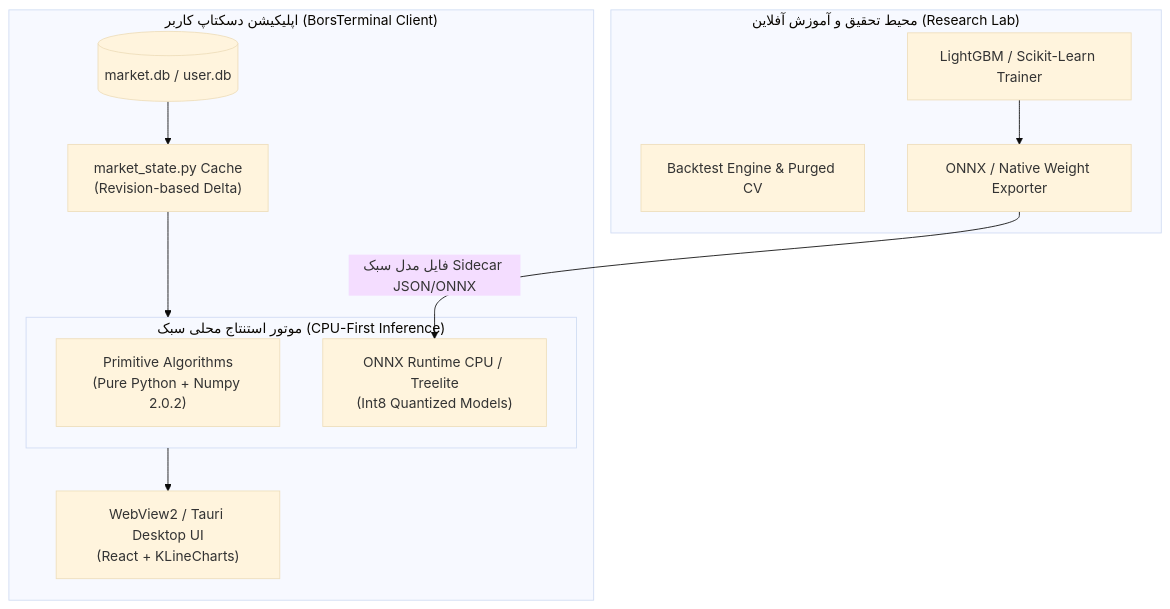
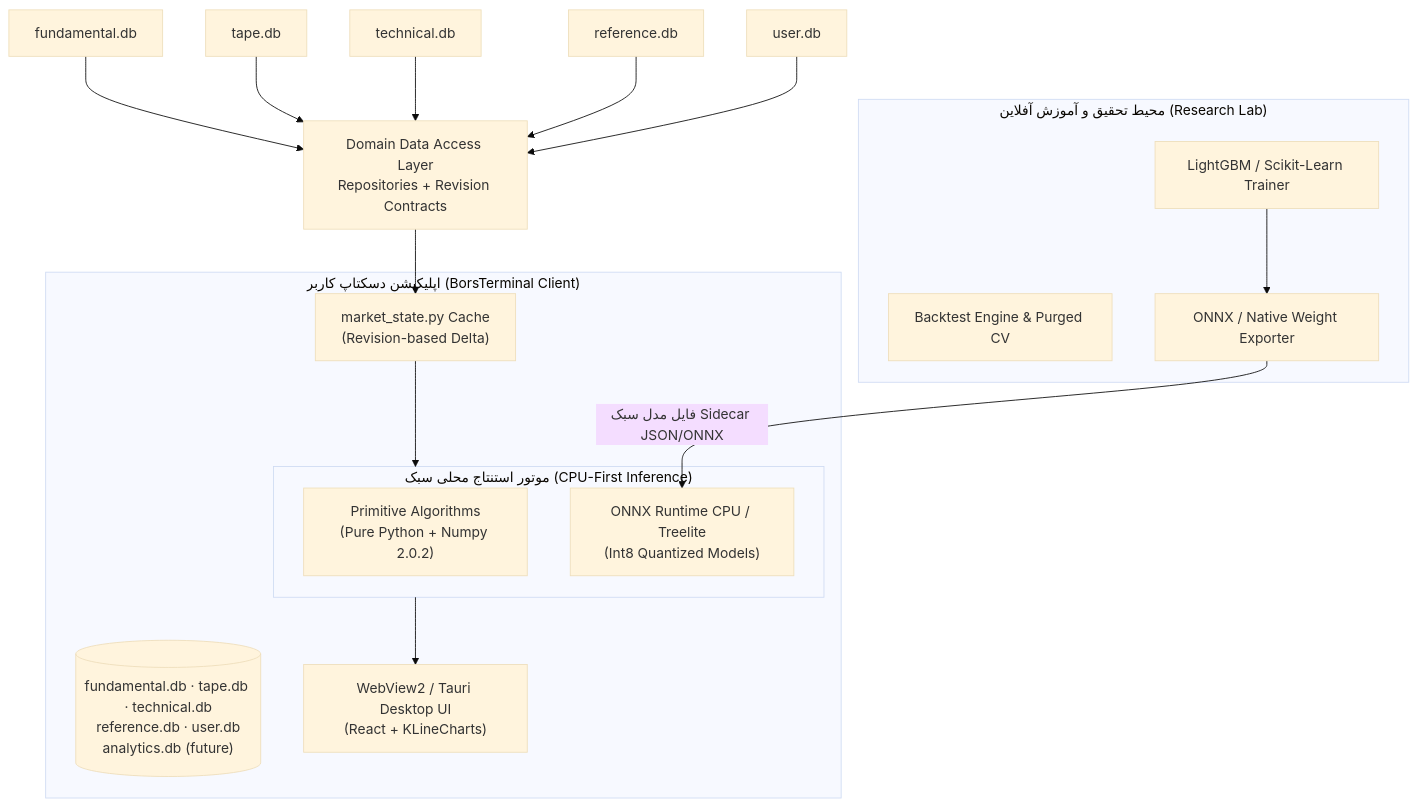
Before and after one commit to johnwarchief/BorsTerminal-src: the third of 4 diagrams in docs/research/MULTI-ALGORITHM-PLATFORM-ARCHITECTURE.md, drawn with Mermaid (base theme). The commit also changed other lines of this file, not shown here.

Commit message:
docs(architecture): add domain-separated database topology

````diff
--- a/docs/research/MULTI-ALGORITHM-PLATFORM-ARCHITECTURE.md
+++ b/docs/research/MULTI-ALGORITHM-PLATFORM-ARCHITECTURE.md
@@ -410,26 +429,31 @@
 ```mermaid
 flowchart TD
     subgraph Offline_Lab ["محیط تحقیق و آموزش آفلاین (Research Lab)"]
         BacktestHarness["Backtest Engine & Purged CV"]
         Trainer["LightGBM / Scikit-Learn Trainer"]
         ONNXExport["ONNX / Native Weight Exporter"]
     end
 
     subgraph Desktop_Client ["اپلیکیشن دسکتاپ کاربر (BorsTerminal Client)"]
-        LocalSQLite[("market.db / user.db")]
+        LocalSQLite[("fundamental.db · tape.db · technical.db<br/>reference.db · user.db<br/>analytics.db (future)")]
         MemoryCache["market_state.py Cache<br/>(Revision-based Delta)"]
         
         subgraph Engine_Runtime ["موتور استنتاج محلی سبک (CPU-First Inference)"]
             PurePy["Primitive Algorithms<br/>(Pure Python + Numpy 2.0.2)"]
             ORT["ONNX Runtime CPU / Treelite<br/>(Int8 Quantized Models)"]
         end
         
         UI["WebView2 / Tauri Desktop UI<br/>(React + KLineCharts)"]
     end
 
     Trainer --> ONNXExport
     ONNXExport -->|فایل مدل سبک Sidecar JSON/ONNX| ORT
-    LocalSQLite --> MemoryCache
+    fundamental.db --> DataAccess["Domain Data Access Layer<br/>Repositories + Revision Contracts"]
+    tape.db --> DataAccess
+    technical.db --> DataAccess
+    reference.db --> DataAccess
+    user.db --> DataAccess
+    DataAccess --> MemoryCache
     MemoryCache --> Engine_Runtime
     Engine_Runtime --> UI
 ```
````
